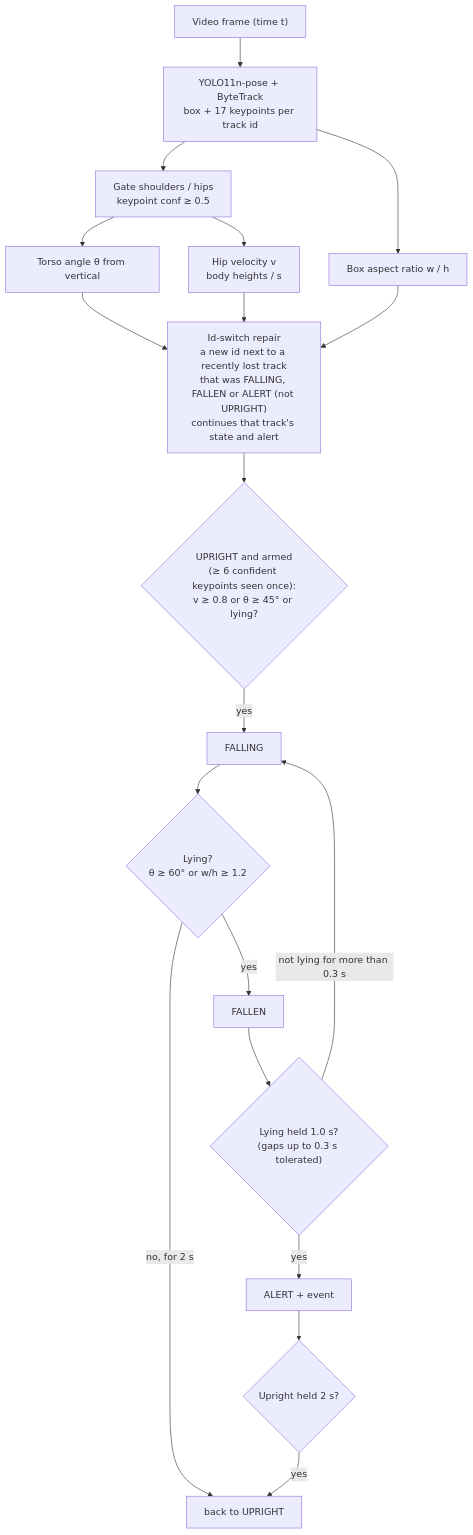
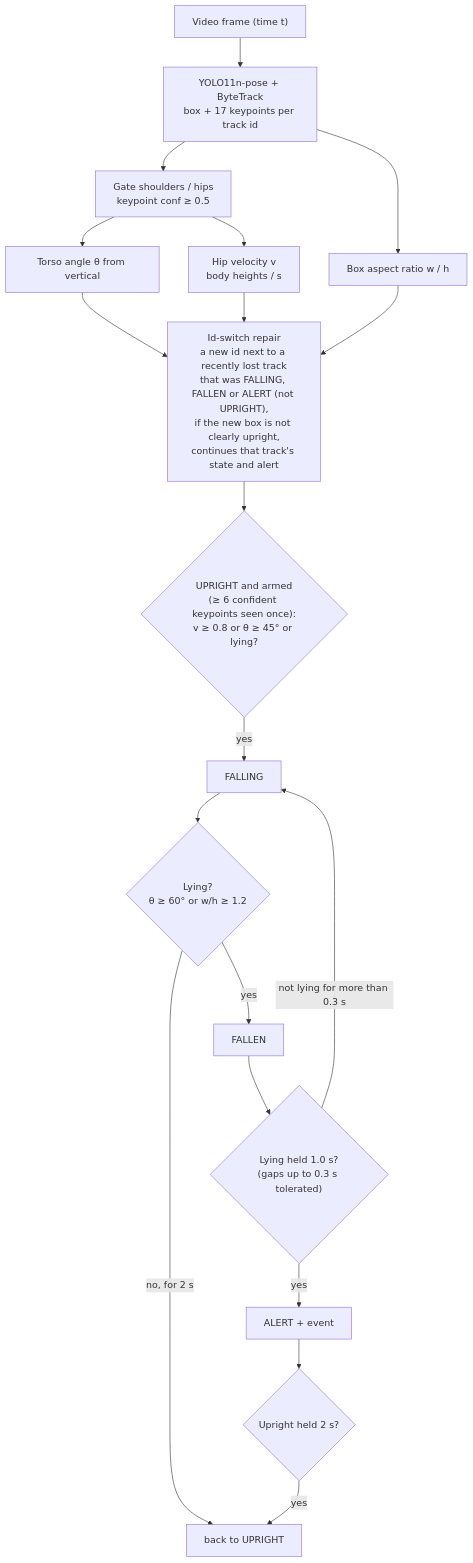
One commit to karemdm/fall-detection-alert changed the diagram in README.md. Above: the diagram before and after it, drawn with Mermaid. The commit also changed other lines of this file and 5 other files, not shown here.

Commit message:
Do not stitch a clearly upright newcomer to a lost track

````diff
--- a/README.md
+++ b/README.md
@@ -33,21 +33,21 @@
 ```mermaid
 flowchart TD
     A["Video frame (time t)"] --> B["YOLO11n-pose + ByteTrack<br/>box + 17 keypoints per track id"]
     B --> C["Gate shoulders / hips<br/>keypoint conf ≥ 0.5"]
     B --> F["Box aspect ratio w / h"]
     C --> D["Torso angle θ from vertical"]
     C --> E["Hip velocity v<br/>body heights / s"]
-    D --> S["Id-switch repair<br/>a new id next to a recently lost track<br/>that was FALLING, FALLEN or ALERT (not UPRIGHT)<br/>continues that track's state and alert"]
+    D --> S["Id-switch repair<br/>a new id next to a recently lost track<br/>that was FALLING, FALLEN or ALERT (not UPRIGHT),<br/>if the new box is not clearly upright,<br/>continues that track's state and alert"]
     E --> S
     F --> S
     S --> G{"UPRIGHT and armed<br/>(≥ 6 confident keypoints seen once):<br/>v ≥ 0.8 or θ ≥ 45° or lying?"}
     G -- yes --> H["FALLING"]
     H --> I{"Lying?<br/>θ ≥ 60° or w/h ≥ 1.2"}
     I -- "no, for 2 s" --> U["back to UPRIGHT"]
     I -- yes --> J["FALLEN"]
     J --> K{"Lying held 1.0 s?<br/>(gaps up to 0.3 s tolerated)"}
     K -- "not lying for more than 0.3 s" --> H
     K -- yes --> L["ALERT + event"]
     L --> M{"Upright held 2 s?"}
     M -- yes --> U
 ```
````
